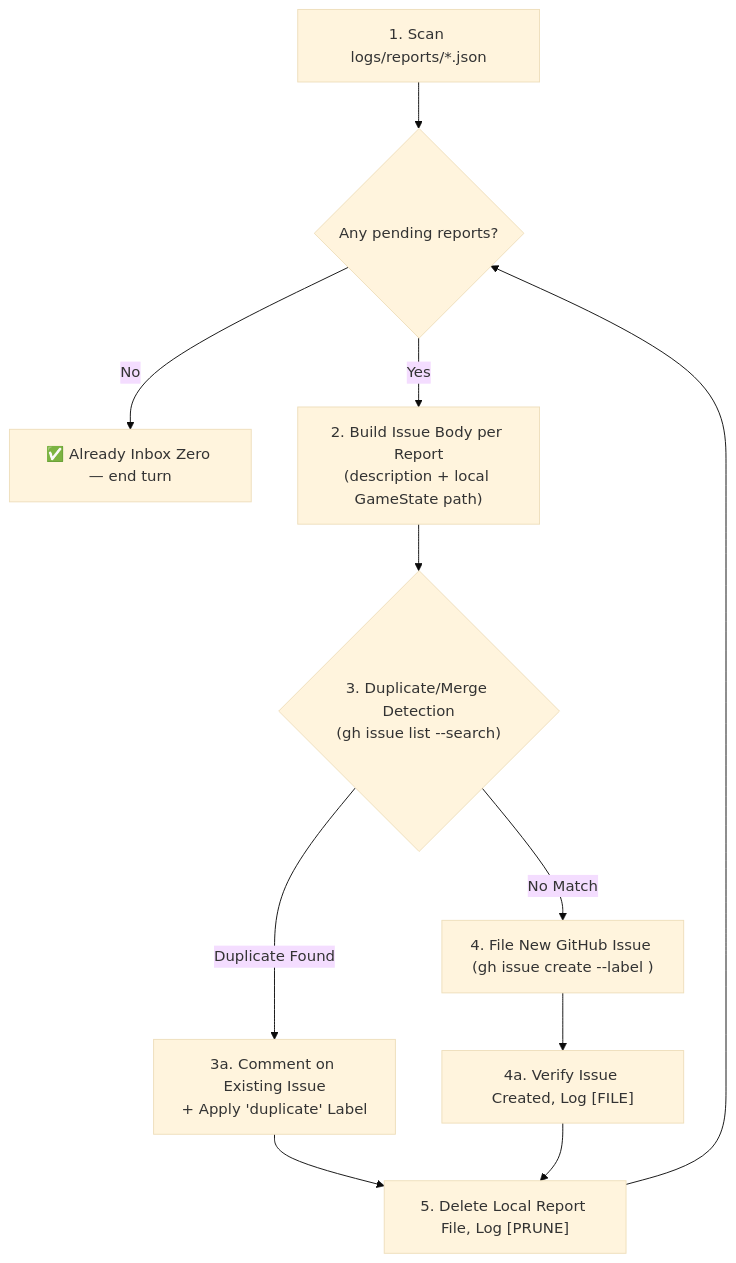
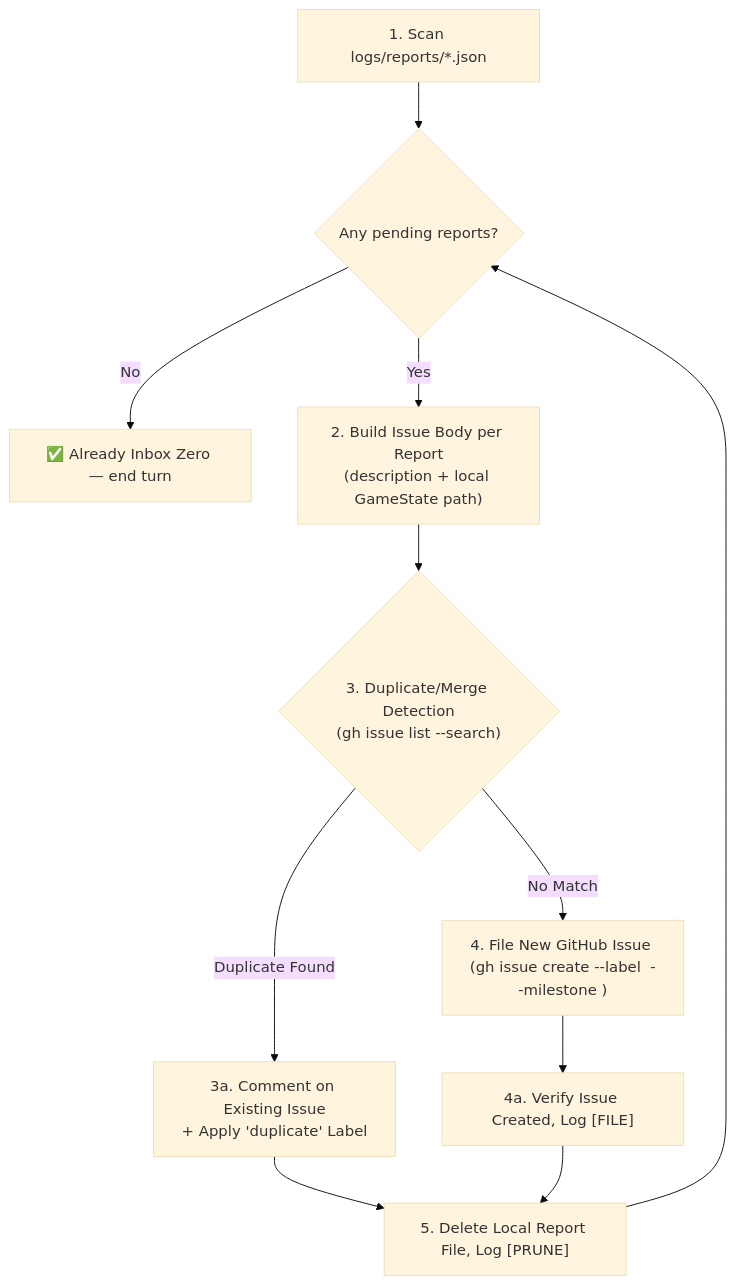
Before and after one commit to SteveRodrigue/MCD: the diagram in .agents/skills/problem-report-triage/SKILL.md, drawn with Mermaid (base theme). The commit also changed other lines of this file, not shown here.

Commit message:
docs(docs): Assign Gate milestone during problem report triage (#671)

````diff
--- a/.agents/skills/problem-report-triage/SKILL.md
+++ b/.agents/skills/problem-report-triage/SKILL.md
@@ -49,13 +49,13 @@
 ```mermaid
 flowchart TD
     S1["1. Scan logs/reports/*.json"] --> S2{"Any pending reports?"}
     S2 -- "No" --> DONE["✅ Already Inbox Zero — end turn"]
     S2 -- "Yes" --> S3["2. Build Issue Body per Report<br/>(description + local GameState path)"]
     S3 --> S3B{"3. Duplicate/Merge Detection<br/>(gh issue list --search)"}
     S3B -- "Duplicate Found" --> M1["3a. Comment on Existing Issue<br/>+ Apply 'duplicate' Label"]
     M1 --> S6["5. Delete Local Report File, Log [PRUNE]"]
-    S3B -- "No Match" --> S4["4. File New GitHub Issue (gh issue create --label <labels>)"]
+    S3B -- "No Match" --> S4["4. File New GitHub Issue (gh issue create --label <labels> --milestone <gate>)"]
     S4 --> S5["4a. Verify Issue Created, Log [FILE]"]
     S5 --> S6
     S6 --> S2
 ```
````
